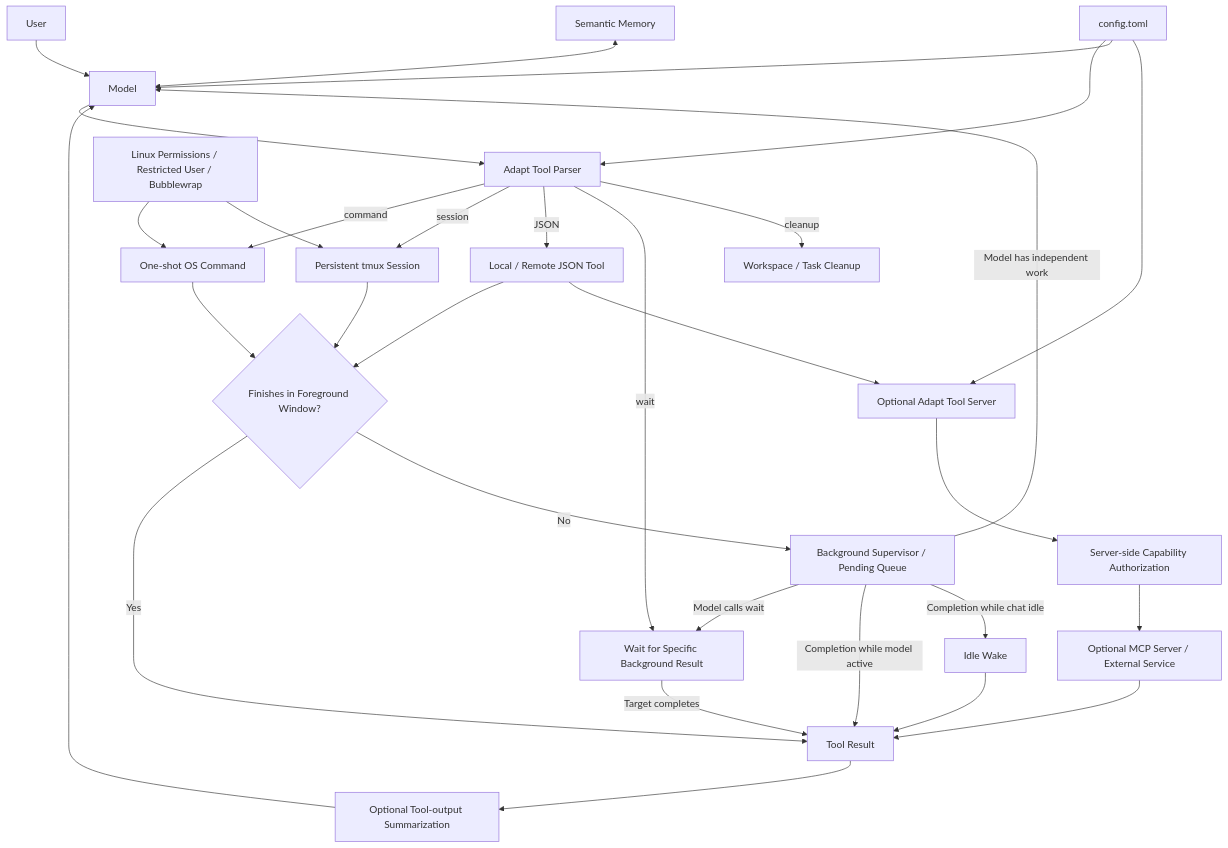
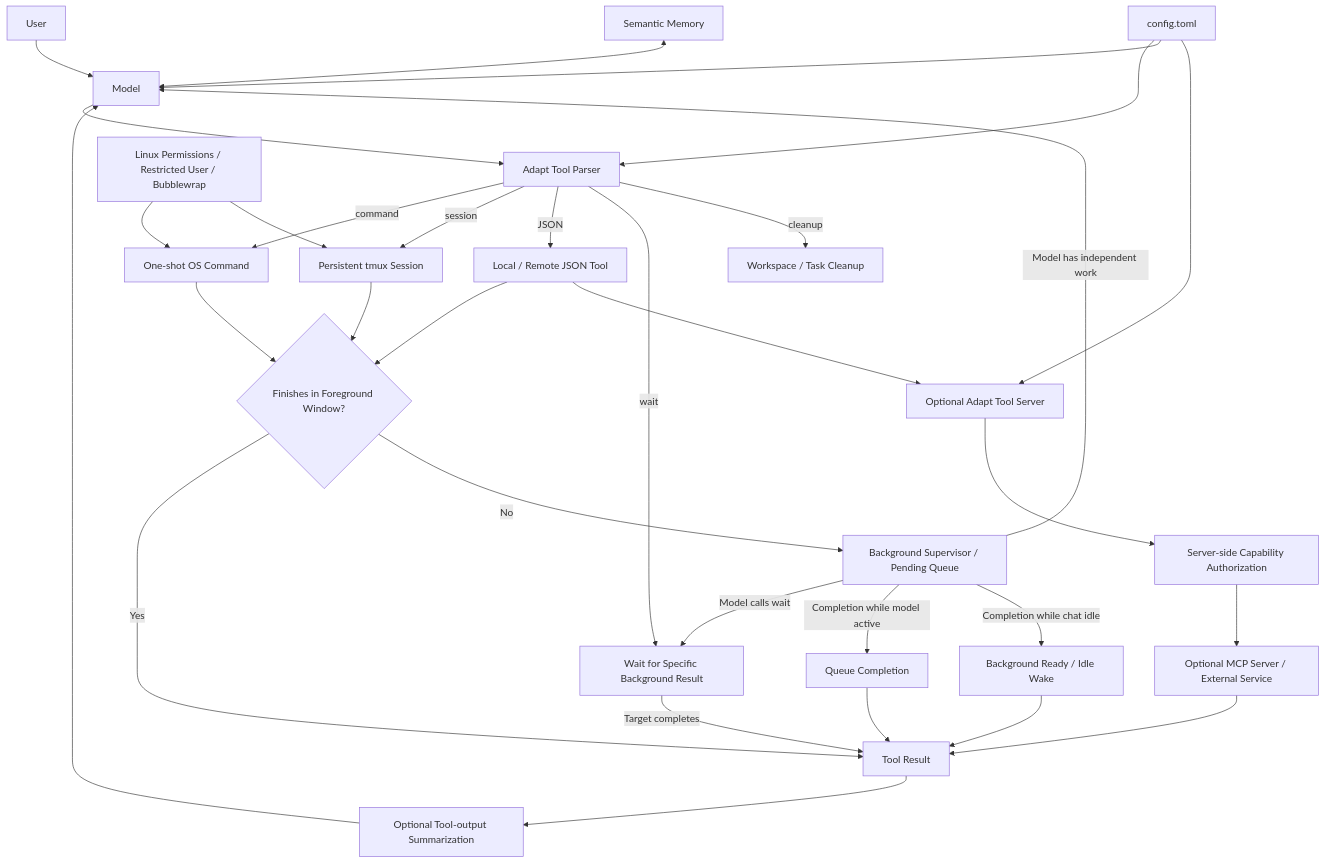
One commit to zqf20096327/dbhub_collect changed the diagram in data/readmes/charlesericwilson-portfolio__Echo_Adapt_v5.md. Above: the diagram before and after it, drawn with Mermaid. The commit also changed other lines of this file and 459 other files, not shown here.

````diff
--- a/data/readmes/charlesericwilson-portfolio__Echo_Adapt_v5.md
+++ b/data/readmes/charlesericwilson-portfolio__Echo_Adapt_v5.md
@@ -70,43 +78,45 @@
 ```mermaid
 flowchart TD
     U[User] --> M[Model]
 
     M --> P[Adapt Tool Parser]
 
     P -->|command| C[One-shot OS Command]
     P -->|session| S[Persistent tmux Session]
     P -->|JSON| J[Local / Remote JSON Tool]
     P -->|wait| W[Wait for Specific Background Result]
     P -->|cleanup| X[Workspace / Task Cleanup]
 
     C --> F{Finishes in Foreground Window?}
     S --> F
     J --> F
 
     F -->|Yes| R[Tool Result]
     F -->|No| B[Background Supervisor / Pending Queue]
 
     B -->|Model has independent work| M
     B -->|Model calls wait| W
     W -->|Target completes| R
 
-    B -->|Completion while model active| R
-    B -->|Completion while chat idle| I[Idle Wake]
+    B -->|Completion while model active| Q[Queue Completion]
+    Q --> R
+
+    B -->|Completion while chat idle| I[Background Ready / Idle Wake]
     I --> R
 
     J --> TS[Optional Adapt Tool Server]
     TS --> AUTH[Server-side Capability Authorization]
     AUTH --> MCP[Optional MCP Server / External Service]
     MCP --> R
 
     R --> SUM[Optional Tool-output Summarization]
     SUM --> M
 
     MEM[Semantic Memory] <--> M
     CFG[config.toml] --> P
     CFG --> M
     CFG --> TS
 
     OS[Linux Permissions / Restricted User / Bubblewrap] --> C
     OS --> S
 ```
````
